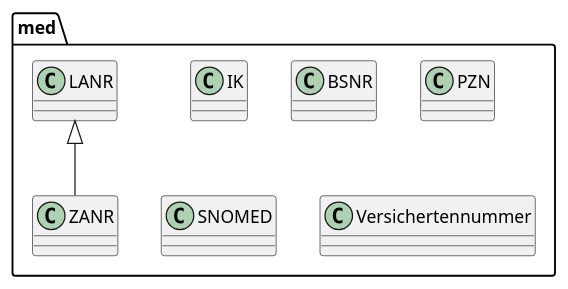
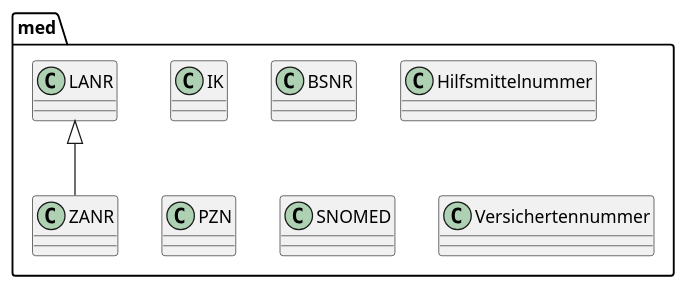
One commit to oboehm/jfachwert changed the diagram in src/main/asciidoc/images/package-med.puml. Above: the diagram before and after it, drawn with PlantUML. The commit also changed 4 other files, not shown here.

```diff
--- a/src/main/asciidoc/images/package-med.puml
+++ b/src/main/asciidoc/images/package-med.puml
@@ -1,17 +1,18 @@
 @startuml
 
 package "med" {
 
     class IK
     class LANR
     class BSNR
+    class Hilfsmittelnummer
     class PZN
     class SNOMED
     class Versichertennummer
     class ZANR
 
     LANR <|-- ZANR
 
 }
 
 @enduml
```
